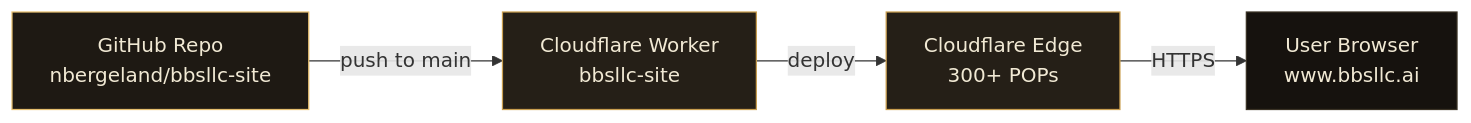
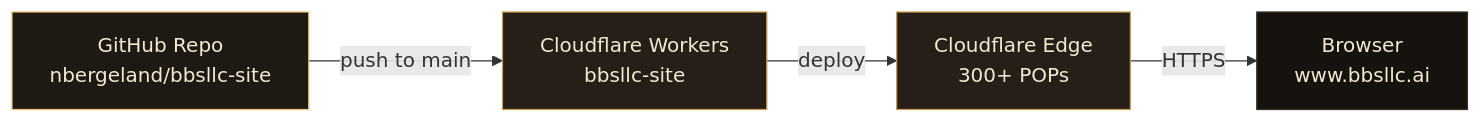
The diagram in README.md (nbergeland/bbsllc-site), drawn with Mermaid before and after one commit. The commit also changed other lines of this file, not shown here.

Commit message:
Replace README with comprehensive site documentation, screenshots, architecture, and deploy notes

````diff
--- a/README.md
+++ b/README.md
@@ -12,13 +66,13 @@
 ```mermaid
 flowchart LR
-    A[GitHub Repo<br/>nbergeland/bbsllc-site] -->|push to main| B[Cloudflare Worker<br/>bbsllc-site]
+    A[GitHub Repo<br/>nbergeland/bbsllc-site] -->|push to main| B[Cloudflare Workers<br/>bbsllc-site]
     B -->|deploy| C[Cloudflare Edge<br/>300+ POPs]
-    C -->|HTTPS| D[User Browser<br/>www.bbsllc.ai]
+    C -->|HTTPS| D[Browser<br/>www.bbsllc.ai]
 
     classDef src fill:#1E1913,stroke:#E6BE6E,color:#F1E9D4
     classDef edge fill:#251F17,stroke:#C99E4F,color:#F1E9D4
     classDef user fill:#16120E,stroke:#3A3225,color:#F1E9D4
     class A src
     class B,C edge
     class D user
 ```
````
